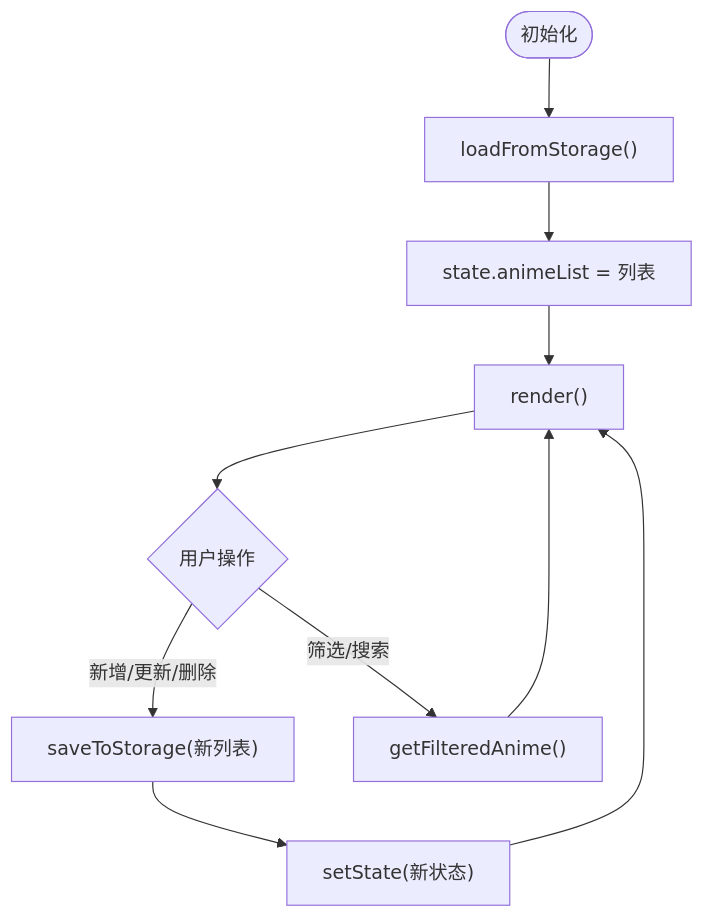
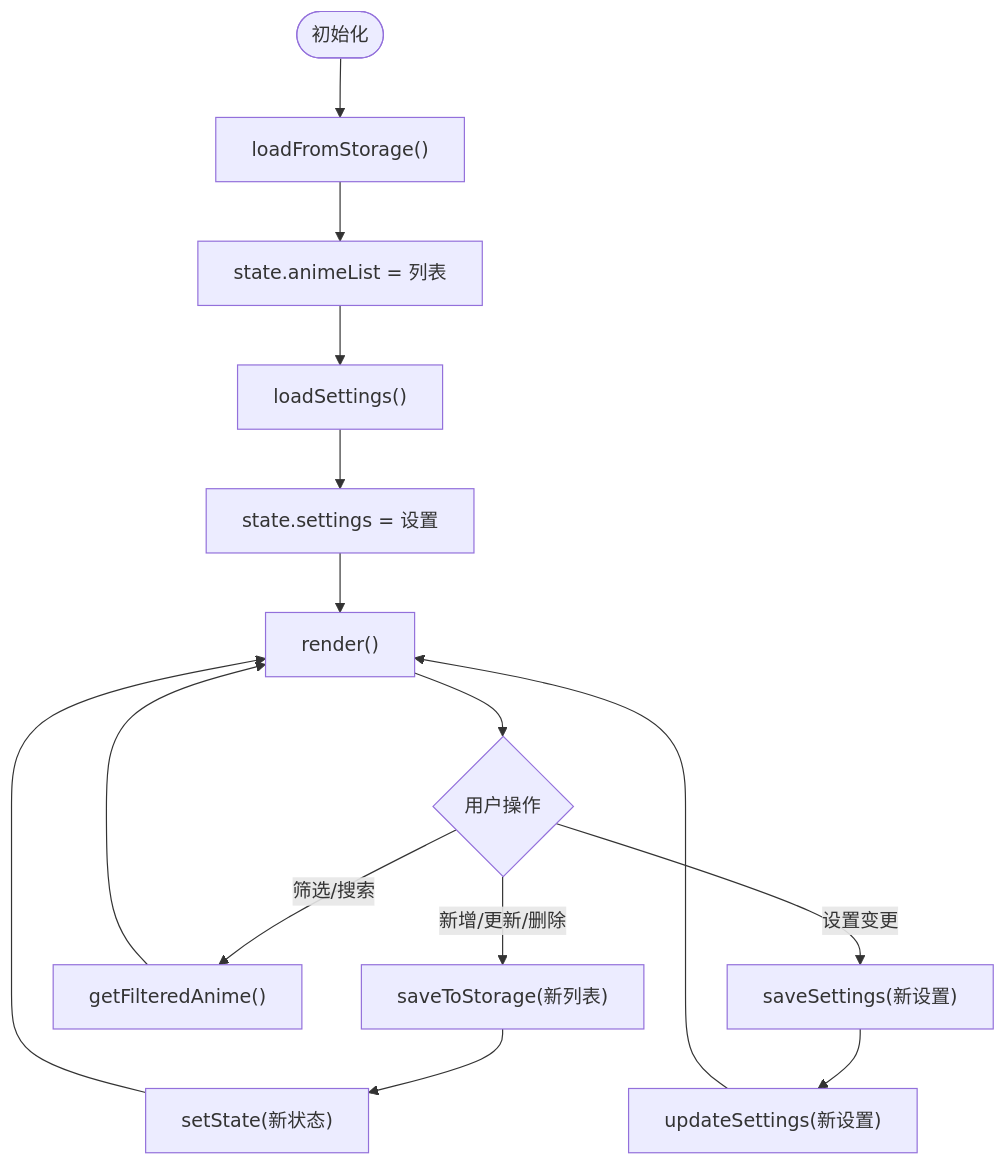
Before and after one commit to KAGUYA284/anima-list: the fourth of 7 diagrams in .qoder/repowiki/zh/content/技术架构/前端架构.md, drawn with Mermaid. The commit also changed other lines of this file and 17 other files, not shown here.

````diff
--- a/.qoder/repowiki/zh/content/技术架构/前端架构.md
+++ b/.qoder/repowiki/zh/content/技术架构/前端架构.md
@@ -172,12 +242,17 @@
 ```mermaid
 flowchart TD
 Start(["初始化"]) --> Load["loadFromStorage()"]
 Load --> InitState["state.animeList = 列表"]
-InitState --> Render["render()"]
+InitState --> Settings["loadSettings()"]
+Settings --> InitState2["state.settings = 设置"]
+InitState2 --> Render["render()"]
 Render --> UserAction{"用户操作"}
 UserAction --> |新增/更新/删除| Save["saveToStorage(新列表)"]
 Save --> UpdateState["setState(新状态)"]
 UpdateState --> Render
 UserAction --> |筛选/搜索| Filter["getFilteredAnime()"]
 Filter --> Render
+UserAction --> |设置变更| SaveSettings["saveSettings(新设置)"]
+SaveSettings --> UpdateSettings["updateSettings(新设置)"]
+UpdateSettings --> Render
 ```
````
